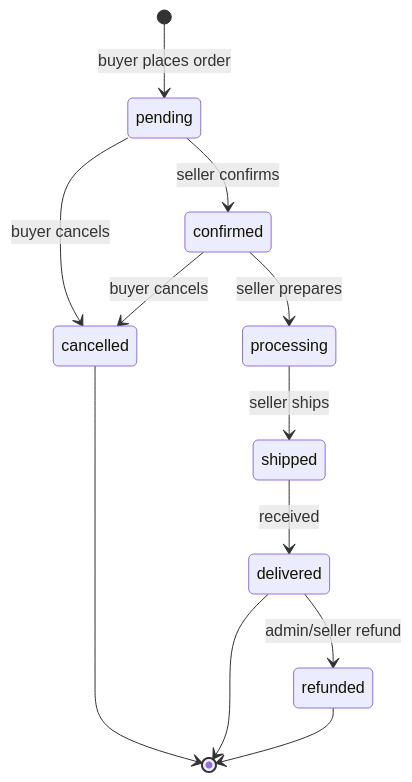
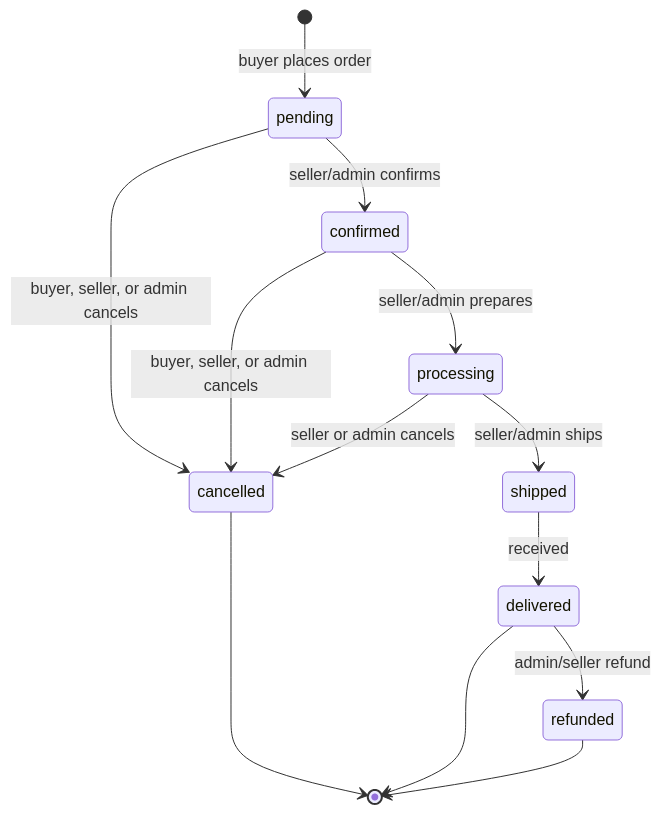
One commit to Manuel00216/RobertJ-OnlineShop changed the sixth of 6 diagrams in ARCHITECTURE.md. Above: the diagram before and after it, drawn with Mermaid. The commit also changed other lines of this file and 49 other files, not shown here.

````diff
--- a/ARCHITECTURE.md
+++ b/ARCHITECTURE.md
@@ -433,14 +444,15 @@
 ```mermaid
 stateDiagram-v2
     [*] --> pending: buyer places order
-    pending --> confirmed: seller confirms
-    confirmed --> processing: seller prepares
-    processing --> shipped: seller ships
+    pending --> confirmed: seller/admin confirms
+    confirmed --> processing: seller/admin prepares
+    processing --> shipped: seller/admin ships
     shipped --> delivered: received
-    pending --> cancelled: buyer cancels
-    confirmed --> cancelled: buyer cancels
+    pending --> cancelled: buyer, seller, or admin cancels
+    confirmed --> cancelled: buyer, seller, or admin cancels
+    processing --> cancelled: seller or admin cancels
     delivered --> refunded: admin/seller refund
     cancelled --> [*]
     delivered --> [*]
     refunded --> [*]
 ```
````
